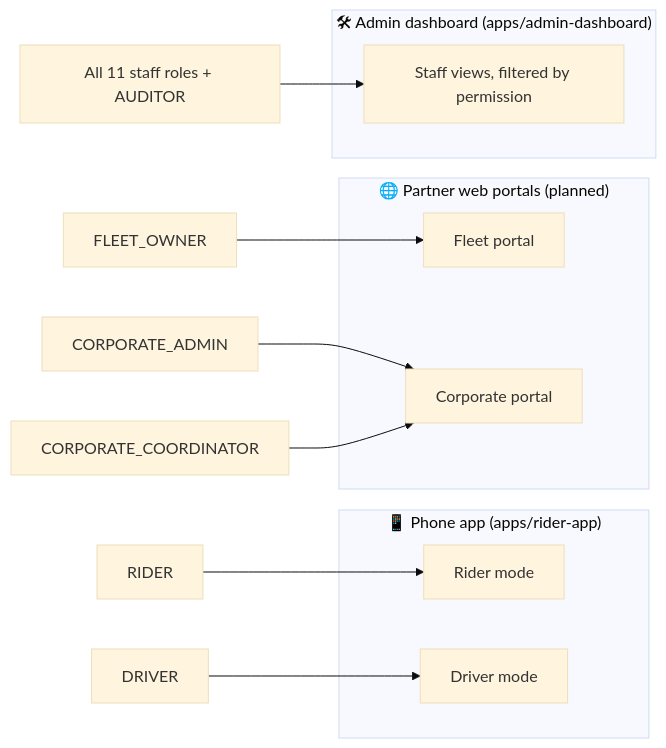
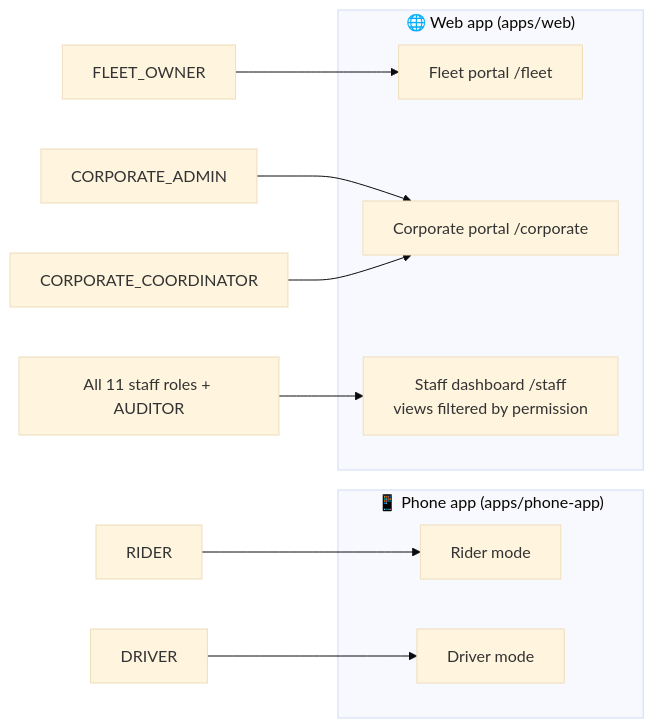
The second of 17 diagrams in docs/design/Role.md (beab1212/Anbessa), drawn with Mermaid (base theme) before and after one commit. The commit also changed other lines of this file and 36 other files, not shown here.

Commit message:
Refactor project structure to replace 'rider-app' with 'phone-app' and 'admin-dashboard' with 'web'. Update configurations, documentation, and workspace settings accordingly. Enhance README to reflect new app roles and functionalities, ensuring clarity on the phone and web app distinctions.

````diff
--- a/docs/design/Role.md
+++ b/docs/design/Role.md
@@ -174,20 +174,18 @@
 ```mermaid
 flowchart LR
-  subgraph Phone["📱 Phone app (apps/rider-app)"]
+  subgraph Phone["📱 Phone app (apps/phone-app)"]
     RM[Rider mode]
     DM[Driver mode]
   end
-  subgraph Portals["🌐 Partner web portals (planned)"]
-    FP[Fleet portal]
-    CP[Corporate portal]
-  end
-  subgraph Admin["🛠 Admin dashboard (apps/admin-dashboard)"]
-    AD[Staff views, filtered by permission]
+  subgraph Web["🌐 Web app (apps/web)"]
+    FP["Fleet portal /fleet"]
+    CP["Corporate portal /corporate"]
+    AD["Staff dashboard /staff<br/>views filtered by permission"]
   end
   RIDER --> RM
   DRIVER --> DM
   FLEET_OWNER --> FP
   CORPORATE_ADMIN --> CP
   CORPORATE_COORDINATOR --> CP
   STAFF["All 11 staff roles + AUDITOR"] --> AD
 ```
````
